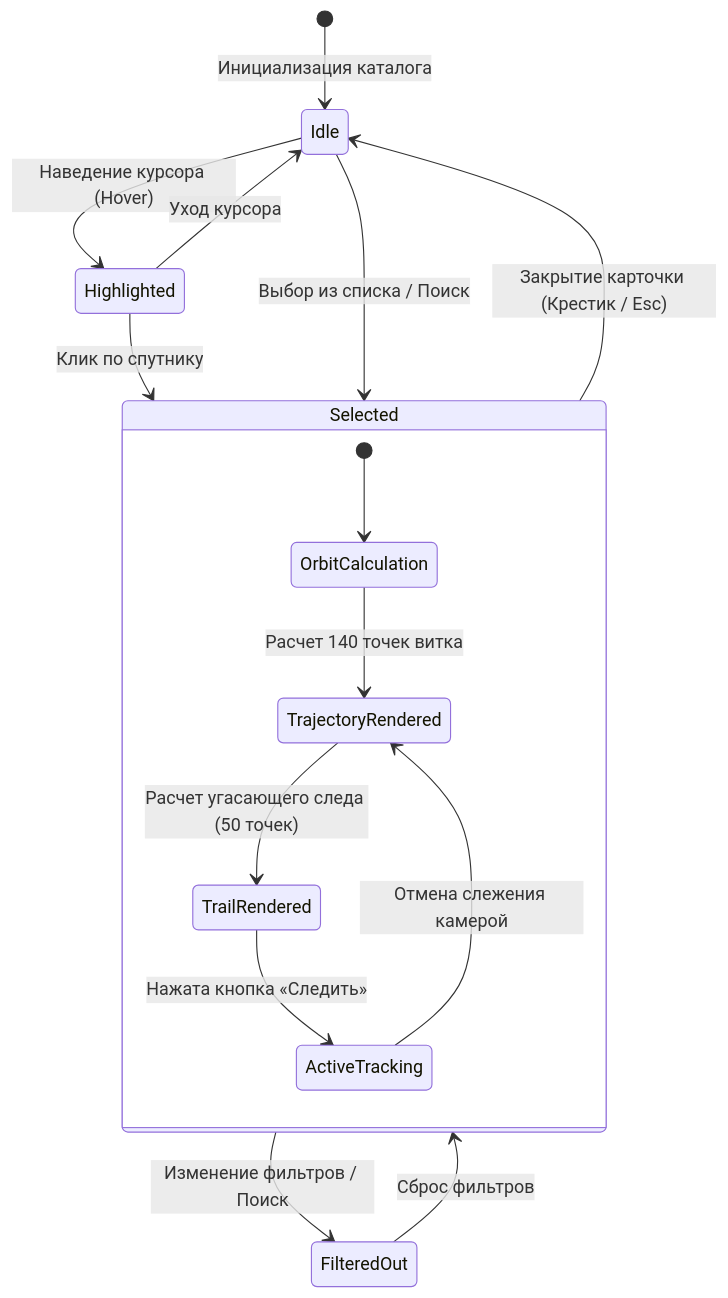
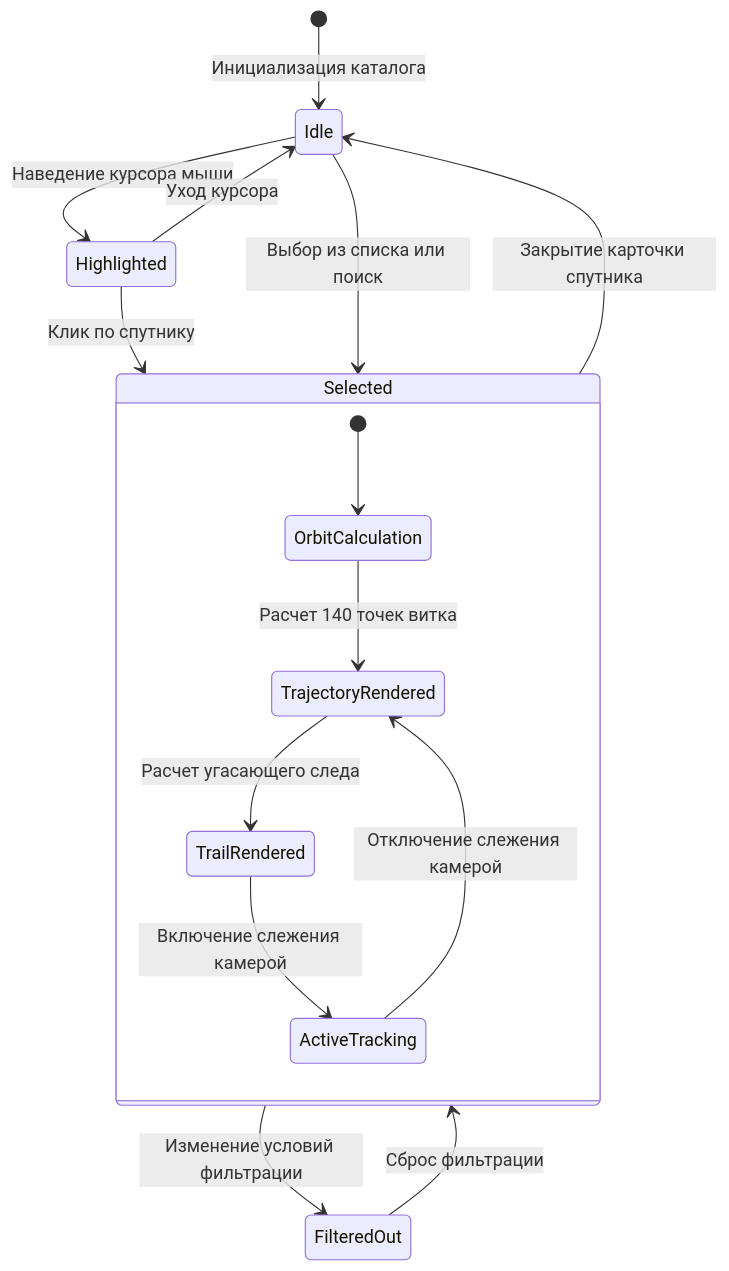
Before and after one commit to ajdan8017-pixel/OrbitWatch: the sixth of 9 diagrams in diagrams-overview.md, drawn with Mermaid. The commit also changed other lines of this file, not shown here.

````diff
--- a/diagrams-overview.md
+++ b/diagrams-overview.md
@@ -256,20 +256,20 @@
 ```mermaid
 stateDiagram-v2
     [*] --> Idle : Инициализация каталога
-    Idle --> Highlighted : Наведение курсора (Hover)
+    Idle --> Highlighted : Наведение курсора мыши
     Highlighted --> Idle : Уход курсора
     Highlighted --> Selected : Клик по спутнику
-    Idle --> Selected : Выбор из списка / Поиск
+    Idle --> Selected : Выбор из списка или поиск
     
     state Selected {
         [*] --> OrbitCalculation
         OrbitCalculation --> TrajectoryRendered : Расчет 140 точек витка
-        TrajectoryRendered --> TrailRendered : Расчет угасающего следа (50 точек)
-        TrailRendered --> ActiveTracking : Нажата кнопка «Следить»
-        ActiveTracking --> TrajectoryRendered : Отмена слежения камерой
+        TrajectoryRendered --> TrailRendered : Расчет угасающего следа
+        TrailRendered --> ActiveTracking : Включение слежения камерой
+        ActiveTracking --> TrajectoryRendered : Отключение слежения камерой
     }
     
-    Selected --> FilteredOut : Изменение фильтров / Поиск
-    FilteredOut --> Selected : Сброс фильтров
-    Selected --> Idle : Закрытие карточки (Крестик / Esc)
+    Selected --> FilteredOut : Изменение условий фильтрации
+    FilteredOut --> Selected : Сброс фильтрации
+    Selected --> Idle : Закрытие карточки спутника
 ```
````
